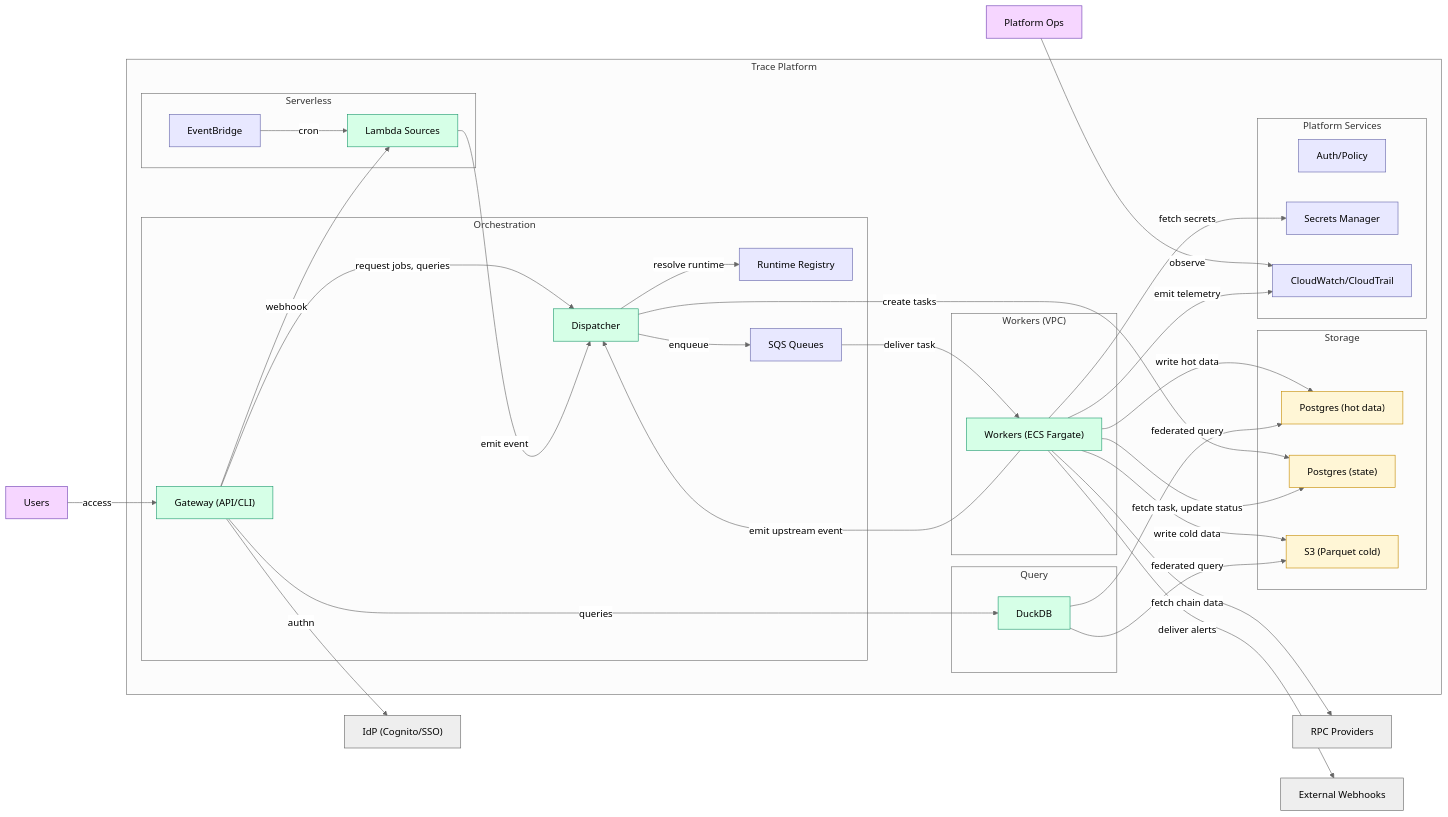
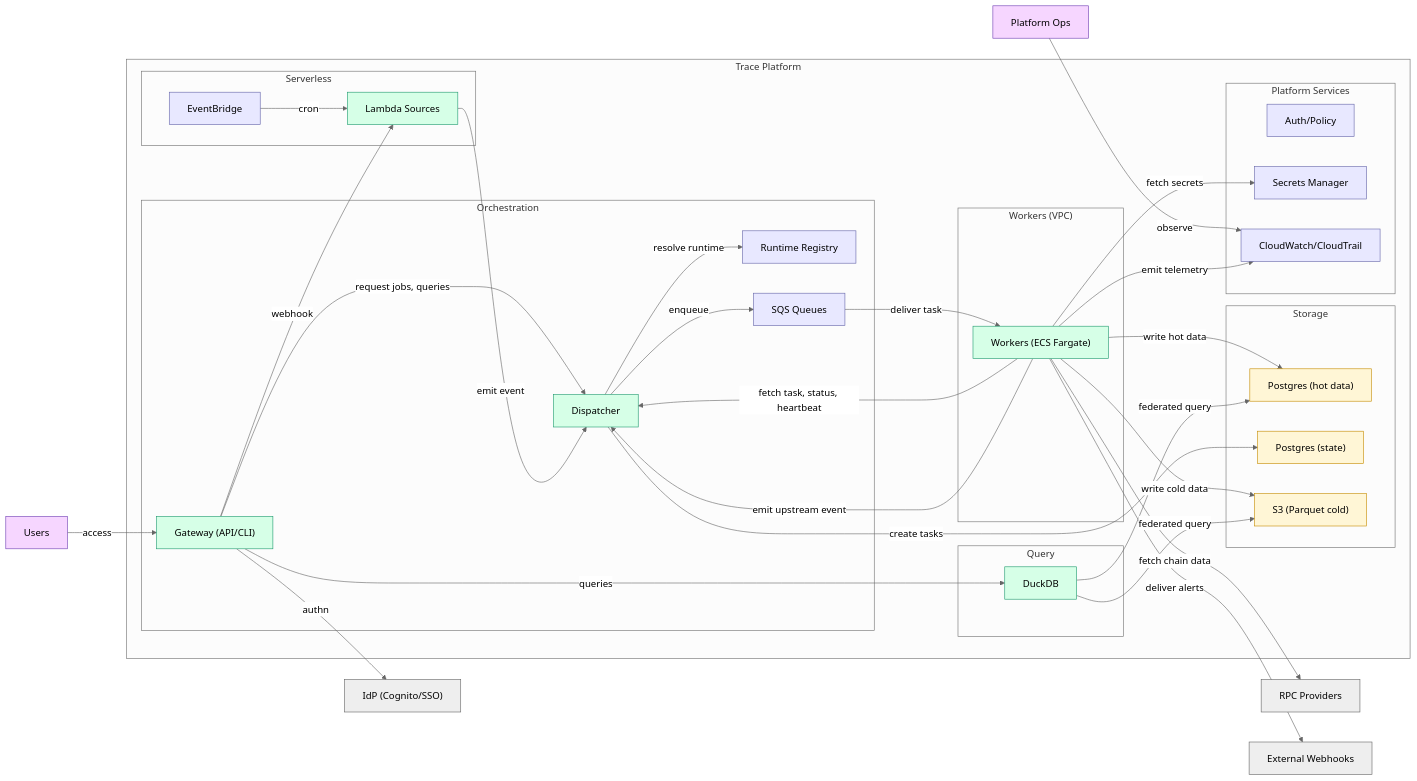
One commit to c7121/trace changed the second of 6 diagrams in docs/architecture/overview.md. Above: the diagram before and after it, drawn with Mermaid (neutral theme). The commit also changed other lines of this file and 28 other files, not shown here.

````diff
--- a/docs/architecture/overview.md
+++ b/docs/architecture/overview.md
@@ -107,70 +107,70 @@
 ```mermaid
 flowchart LR
     subgraph Trace["Trace Platform"]
         subgraph Orchestration["Orchestration"]
             gateway["Gateway (API/CLI)"]:::container
             dispatcher["Dispatcher"]:::container
             registry["Runtime Registry"]:::infra
             sqs["SQS Queues"]:::infra
         end
         subgraph Compute["Workers (VPC)"]
             workers["Workers (ECS Fargate)"]:::container
         end
         subgraph Serverless["Serverless"]
             eventbridge["EventBridge"]:::infra
             lambda["Lambda Sources"]:::container
         end
         subgraph Storage["Storage"]
             postgres_hot["Postgres (hot data)"]:::database
             postgres_state["Postgres (state)"]:::database
             s3["S3 (Parquet cold)"]:::database
         end
         subgraph Query["Query"]
             duckdb["DuckDB"]:::container
         end
         subgraph Platform["Platform Services"]
             platformAuth["Auth/Policy"]:::infra
             platformSec["Secrets Manager"]:::infra
             platformObs["CloudWatch/CloudTrail"]:::infra
         end
     end
 
     users["Users"]:::person
     ops["Platform Ops"]:::person
     idp["IdP (Cognito/SSO)"]:::ext
     rpc["RPC Providers"]:::ext
     webhooks["External Webhooks"]:::ext
 
     users -->|access| gateway
     ops -->|observe| platformObs
     gateway -->|authn| idp
     gateway -->|request jobs, queries| dispatcher
     gateway -->|queries| duckdb
     
     eventbridge -->|cron| lambda
     gateway -->|webhook| lambda
     lambda -->|emit event| dispatcher
     
     dispatcher -->|create tasks| postgres_state
     dispatcher -->|resolve runtime| registry
     dispatcher -->|enqueue| sqs
     sqs -->|deliver task| workers
     
-    workers -->|fetch task, update status| postgres_state
+    workers -->|fetch task, status, heartbeat| dispatcher
     workers -->|write hot data| postgres_hot
     workers -->|write cold data| s3
     workers -->|fetch secrets| platformSec
     workers -->|fetch chain data| rpc
     workers -->|deliver alerts| webhooks
     workers -->|emit telemetry| platformObs
     workers -->|emit upstream event| dispatcher
     
     duckdb -->|federated query| postgres_hot
     duckdb -->|federated query| s3
 
     classDef person fill:#f6d6ff,stroke:#6f3fb3,color:#000;
     classDef container fill:#d6ffe7,stroke:#1f9a6f,color:#000;
     classDef database fill:#fff6d6,stroke:#c58b00,color:#000;
     classDef infra fill:#e8e8ff,stroke:#6666aa,color:#000;
     classDef ext fill:#eee,stroke:#666,color:#000;
 ```
````
